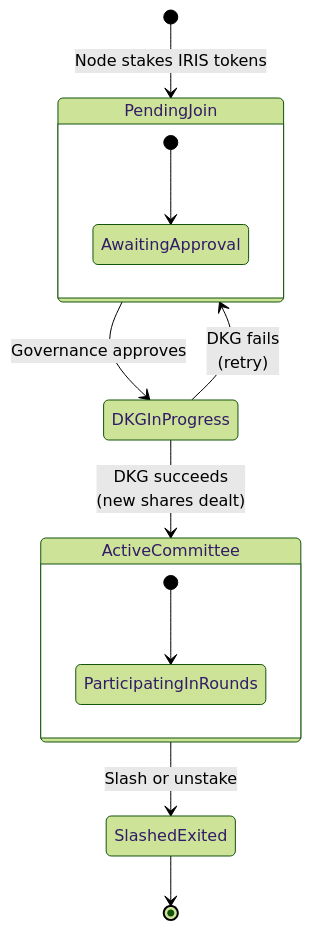
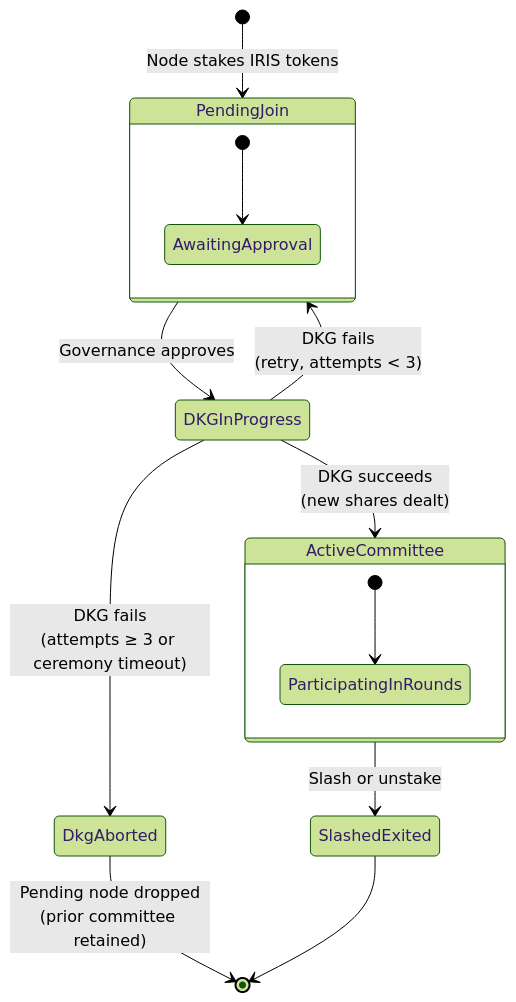
The fourth of 12 diagrams in docs/architecture.md (Hubble-Labs/iris), drawn with Mermaid (forest theme) before and after one commit. The commit also changed other lines of this file and 1 other file, not shown here.

Commit message:
docs: update architecture review with resolved trust model and DKG failure handling recommendations

````diff
--- a/docs/architecture.md
+++ b/docs/architecture.md
@@ -397,16 +399,18 @@
 ```mermaid
 stateDiagram-v2
     [*] --> PendingJoin : Node stakes IRIS tokens
     PendingJoin --> DKGInProgress : Governance approves
     DKGInProgress --> ActiveCommittee : DKG succeeds<br/>(new shares dealt)
-    DKGInProgress --> PendingJoin : DKG fails<br/>(retry)
+    DKGInProgress --> PendingJoin : DKG fails<br/>(retry, attempts < 3)
+    DKGInProgress --> DkgAborted : DKG fails<br/>(attempts ≥ 3 or ceremony timeout)
+    DkgAborted --> [*] : Pending node dropped<br/>(prior committee retained)
     ActiveCommittee --> SlashedExited : Slash or unstake
     SlashedExited --> [*]
 
     state PendingJoin {
         [*] --> AwaitingApproval
     }
     state ActiveCommittee {
         [*] --> ParticipatingInRounds
     }
 ```
````
